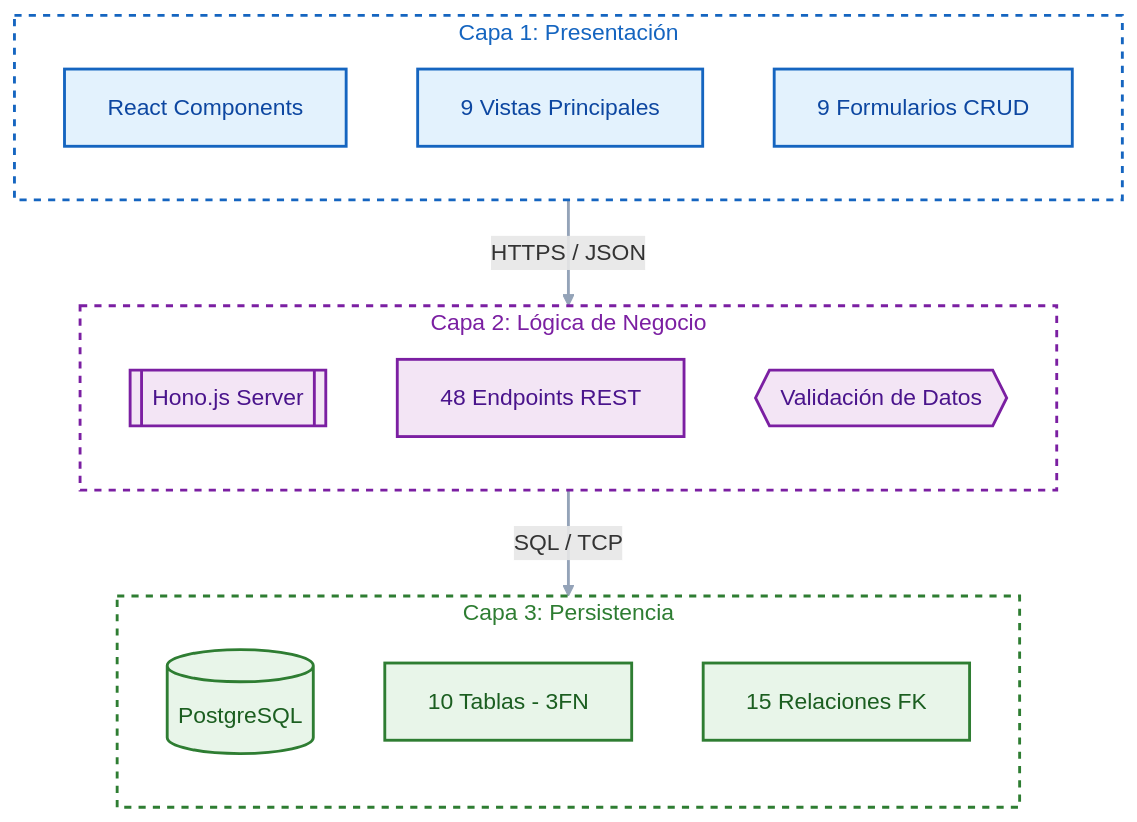
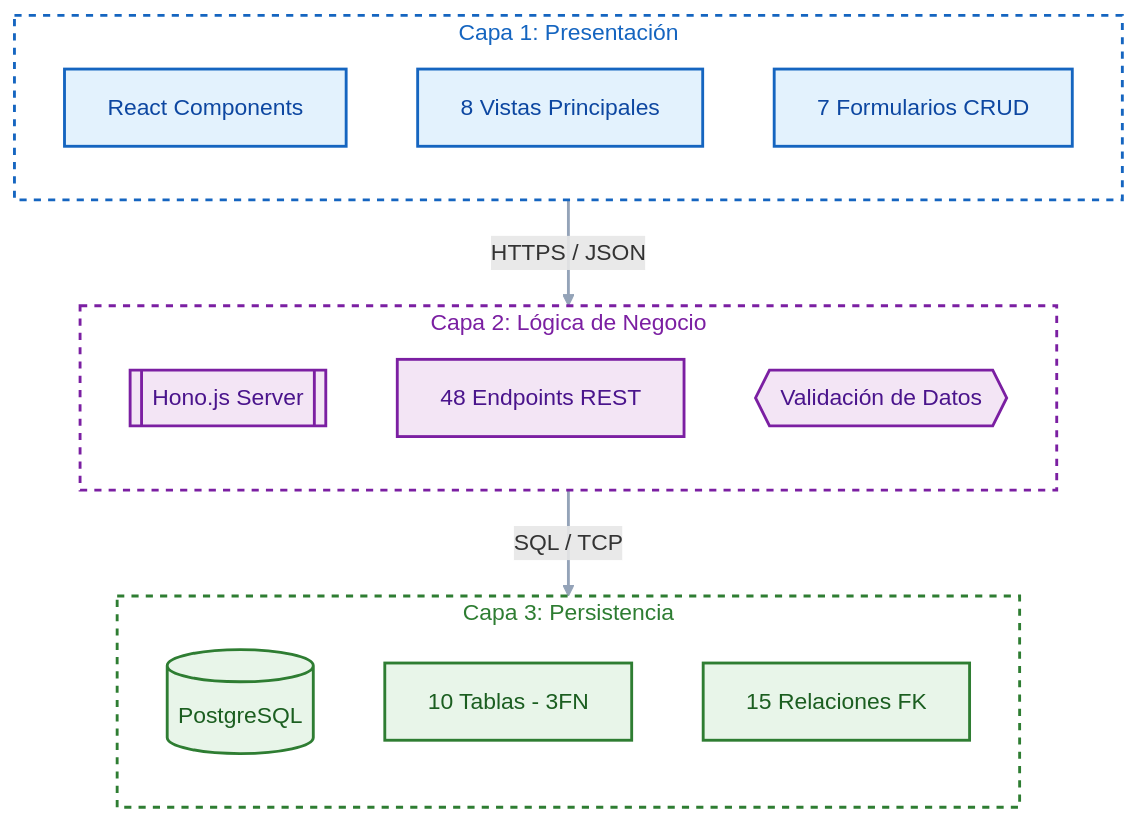
Before and after one commit to jhulio435m/iot-management-system: the first of 2 diagrams in README.md, drawn with Mermaid. The commit also changed other lines of this file, not shown here.

Commit message:
Update README with corrected API endpoint counts

````diff
--- a/README.md
+++ b/README.md
@@ -99,51 +99,51 @@
 ```mermaid
 graph TD
     %% --- NUEVA PALETA DE COLORES (Solicitada) ---
     
     %% Frontend: Azul
     classDef frontend fill:#e3f2fd,stroke:#1565c0,stroke-width:2px,color:#0d47a1;
     
     %% Backend: Violeta
     classDef backend fill:#f3e5f5,stroke:#7b1fa2,stroke-width:2px,color:#4a148c;
     
     %% Database: Verde
     classDef database fill:#e8f5e9,stroke:#2e7d32,stroke-width:2px,color:#1b5e20;
     
     %% Estilo de las líneas (Gris medio neutro)
     linkStyle default stroke:#94a3b8,stroke-width:2px;
 
     %% --- GRUPO 1: CLIENTE ---
     subgraph Client [" Capa 1: Presentación "]
         direction TB
         Componentes[React Components]:::frontend
-        Vistas[9 Vistas Principales]:::frontend
-        Forms[9 Formularios CRUD]:::frontend
+        Vistas[8 Vistas Principales]:::frontend
+        Forms[7 Formularios CRUD]:::frontend
     end
     
     %% --- GRUPO 2: SERVIDOR ---
     subgraph Server [" Capa 2: Lógica de Negocio "]
         direction TB
         Hono[[Hono.js Server]]:::backend
         Endpoints[48 Endpoints REST]:::backend
         Validacion{{Validación de Datos}}:::backend
     end
     
     %% --- GRUPO 3: BASE DE DATOS ---
     subgraph DB [" Capa 3: Persistencia "]
         direction TB
         Postgres[(PostgreSQL)]:::database
         Tablas[10 Tablas - 3FN]:::database
         FK[15 Relaciones FK]:::database
     end
     
     %% --- RELACIONES ---
     Client ==>|"HTTPS / JSON"| Server
     Server ==>|"SQL / TCP"| DB
     
     %% --- ESTILOS DE SUBGRAFOS ---
     %% fill:none mantiene la transparencia para el modo oscuro
     %% Los colores de stroke y texto se han igualado al color fuerte de cada grupo
     style Client fill:none,stroke:#1565c0,stroke-width:2px,stroke-dasharray: 5 5,color:#1565c0
     style Server fill:none,stroke:#7b1fa2,stroke-width:2px,stroke-dasharray: 5 5,color:#7b1fa2
     style DB fill:none,stroke:#2e7d32,stroke-width:2px,stroke-dasharray: 5 5,color:#2e7d32
 ```
````
